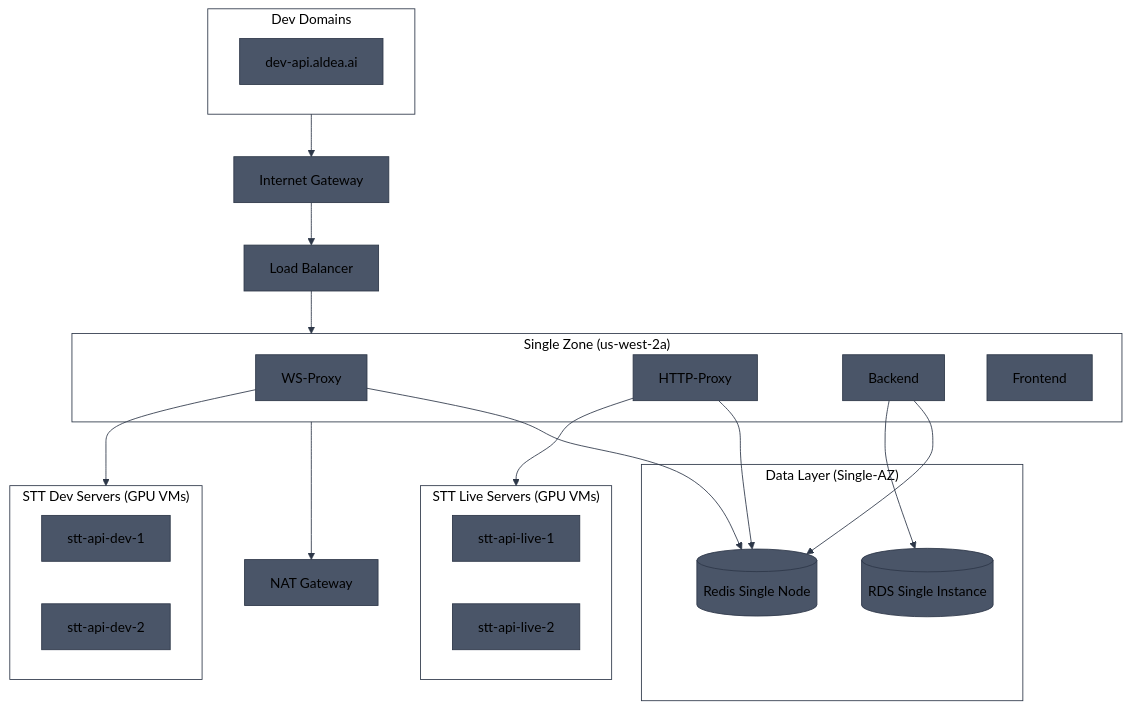
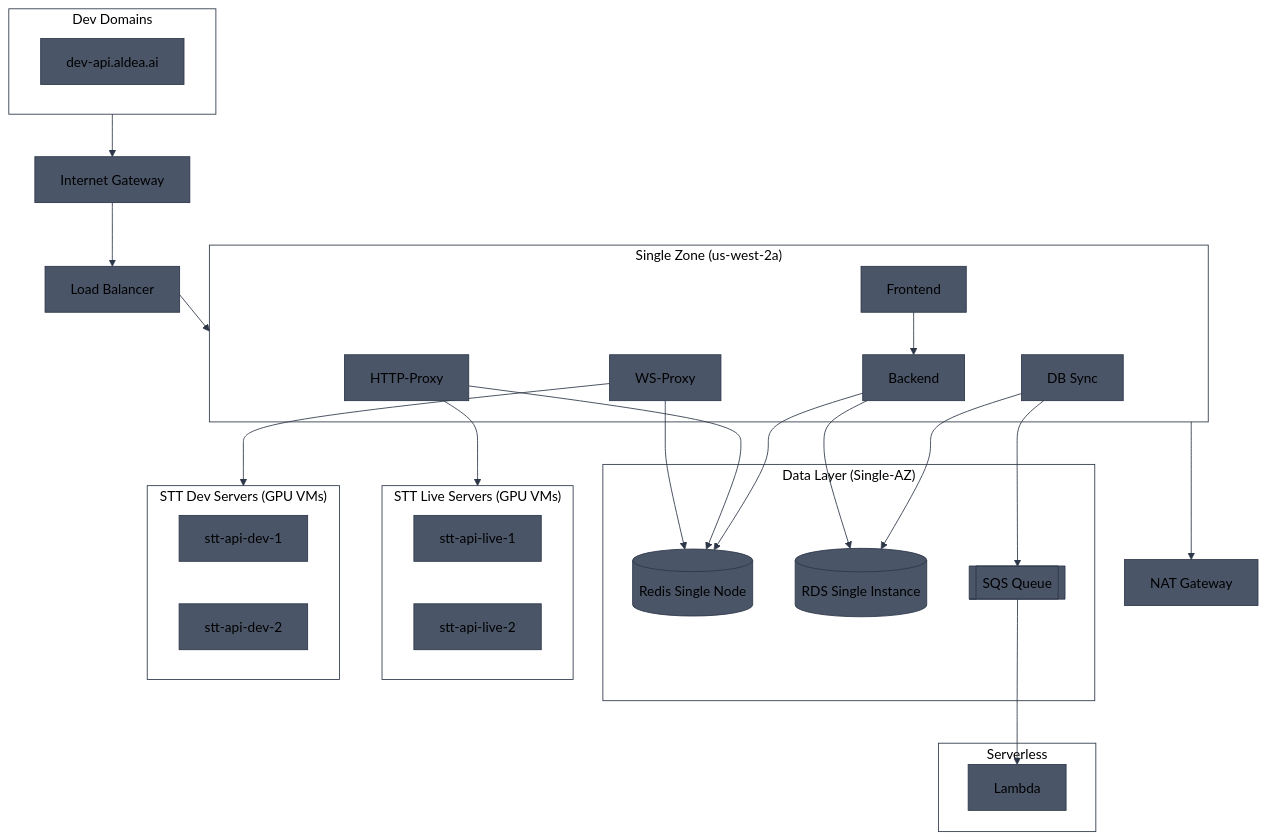
Before and after one commit to aldea-ai/infrastructure-docs: the seventh of 8 diagrams in diagrams/ecs-architecture.md, drawn with Mermaid. The commit also changed other lines of this file, not shown here.

Commit message:
Add service connections: Frontend→Backend, DB Sync→RDS+SQS, SQS→Lambda

````diff
--- a/diagrams/ecs-architecture.md
+++ b/diagrams/ecs-architecture.md
@@ -279,40 +296,49 @@
 ```mermaid
 %%{init: {'theme': 'base', 'themeVariables': { 'primaryColor': '#4a5568', 'primaryTextColor': '#000', 'primaryBorderColor': '#2d3748', 'lineColor': '#2d3748', 'secondaryColor': '#5a6577', 'tertiaryColor': '#6b7280', 'clusterBkg': 'transparent', 'clusterBorder': '#2d3748', 'titleColor': '#000'}}}%%
 flowchart TB
     subgraph Domains["Dev Domains"]
         D1[dev-api.aldea.ai]
     end
 
     IGW[Internet Gateway]
     ALB[Load Balancer]
     NAT[NAT Gateway]
 
     subgraph AZ_A["Single Zone (us-west-2a)"]
         WS[WS-Proxy]
         HTTP[HTTP-Proxy]
         BE[Backend]
         FE[Frontend]
+        SYNC[DB Sync]
     end
 
     subgraph Data["Data Layer (Single-AZ)"]
         REDIS[(Redis Single Node)]
         RDS[(RDS Single Instance)]
+        SQS[[SQS Queue]]
+    end
+
+    subgraph Serverless["Serverless"]
+        LAMBDA[Lambda]
     end
 
     subgraph STT_Live["STT Live Servers (GPU VMs)"]
         LIVE1[stt-api-live-1]
         LIVE2[stt-api-live-2]
     end
 
     subgraph STT_Dev["STT Dev Servers (GPU VMs)"]
         DEV1[stt-api-dev-1]
         DEV2[stt-api-dev-2]
     end
 
     Domains --> IGW --> ALB --> AZ_A
     AZ_A --> NAT
     WS & HTTP --> REDIS
     BE --> REDIS & RDS
+    FE --> BE
+    SYNC --> RDS & SQS
+    SQS --> LAMBDA
     HTTP --> STT_Live
     WS --> STT_Dev
 ```
````
